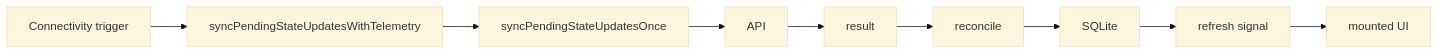
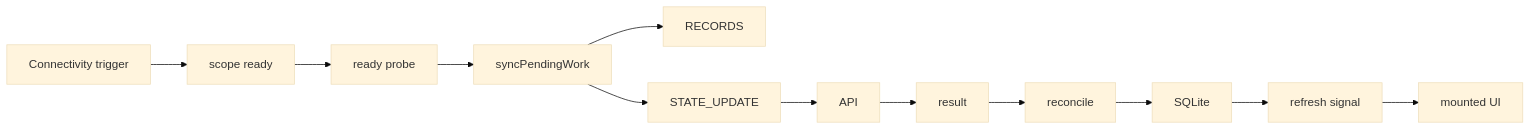
One commit to strabagdev/opco-client-v1 changed the third of 5 diagrams in docs/STATE_UPDATE.md. Above: the diagram before and after it, drawn with Mermaid (base theme). The commit also changed other lines of this file and 18 other files, not shown here.

````diff
--- a/docs/STATE_UPDATE.md
+++ b/docs/STATE_UPDATE.md
@@ -43,11 +43,14 @@
 ```mermaid
 flowchart LR
-  A[Connectivity trigger] --> B[syncPendingStateUpdatesWithTelemetry]
-  B --> C[syncPendingStateUpdatesOnce]
-  C --> D[API]
-  D --> E[result]
-  E --> F[reconcile]
-  F --> G[SQLite]
-  G --> H[refresh signal]
-  H --> I[mounted UI]
+  A[Connectivity trigger] --> B[scope ready]
+  B --> C[ready probe]
+  C --> D[syncPendingWork]
+  D --> E[RECORDS]
+  D --> F[STATE_UPDATE]
+  F --> G[API]
+  G --> H[result]
+  H --> I[reconcile]
+  I --> J[SQLite]
+  J --> K[refresh signal]
+  K --> L[mounted UI]
 ```
````
